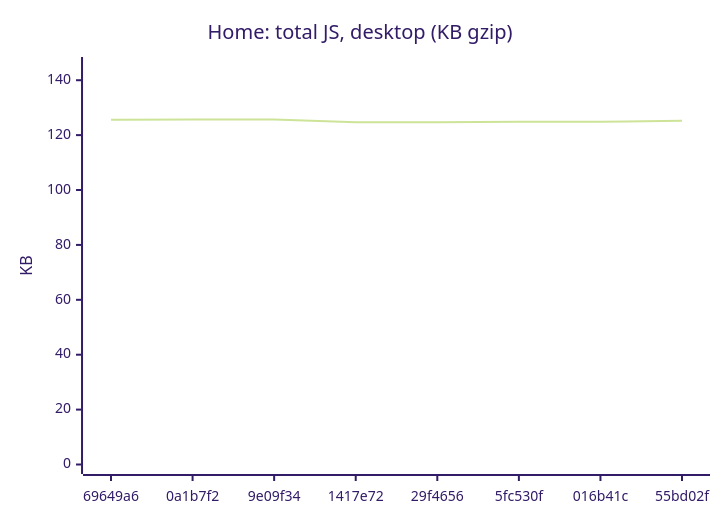
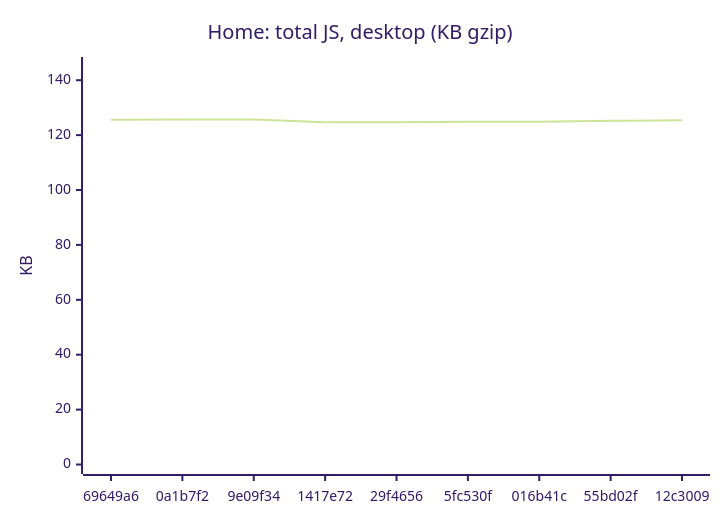
Before and after one commit to AxelUser/maltsev.space: the first of 18 diagrams in README.md, drawn with Mermaid (forest theme). The commit also changed other lines of this file and 1 other file, not shown here.

````diff
--- a/README.md
+++ b/README.md
@@ -35,7 +35,7 @@
 ```mermaid
 xychart-beta
   title "Home: total JS, desktop (KB gzip)"
-  x-axis ["69649a6", "0a1b7f2", "9e09f34", "1417e72", "29f4656", "5fc530f", "016b41c", "55bd02f"]
+  x-axis ["69649a6", "0a1b7f2", "9e09f34", "1417e72", "29f4656", "5fc530f", "016b41c", "55bd02f", "12c3009"]
   y-axis "KB" 0 --> 145
-  line [125.6, 125.7, 125.7, 124.7, 124.7, 124.9, 124.9, 125.2]
+  line [125.6, 125.7, 125.7, 124.7, 124.7, 124.9, 124.9, 125.2, 125.4]
 ```
````
